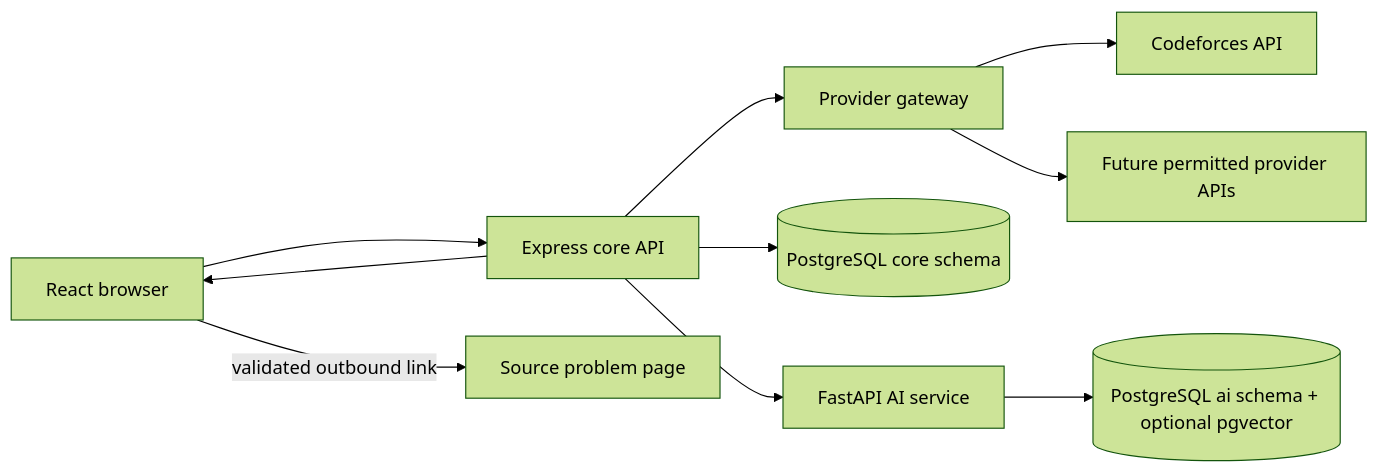
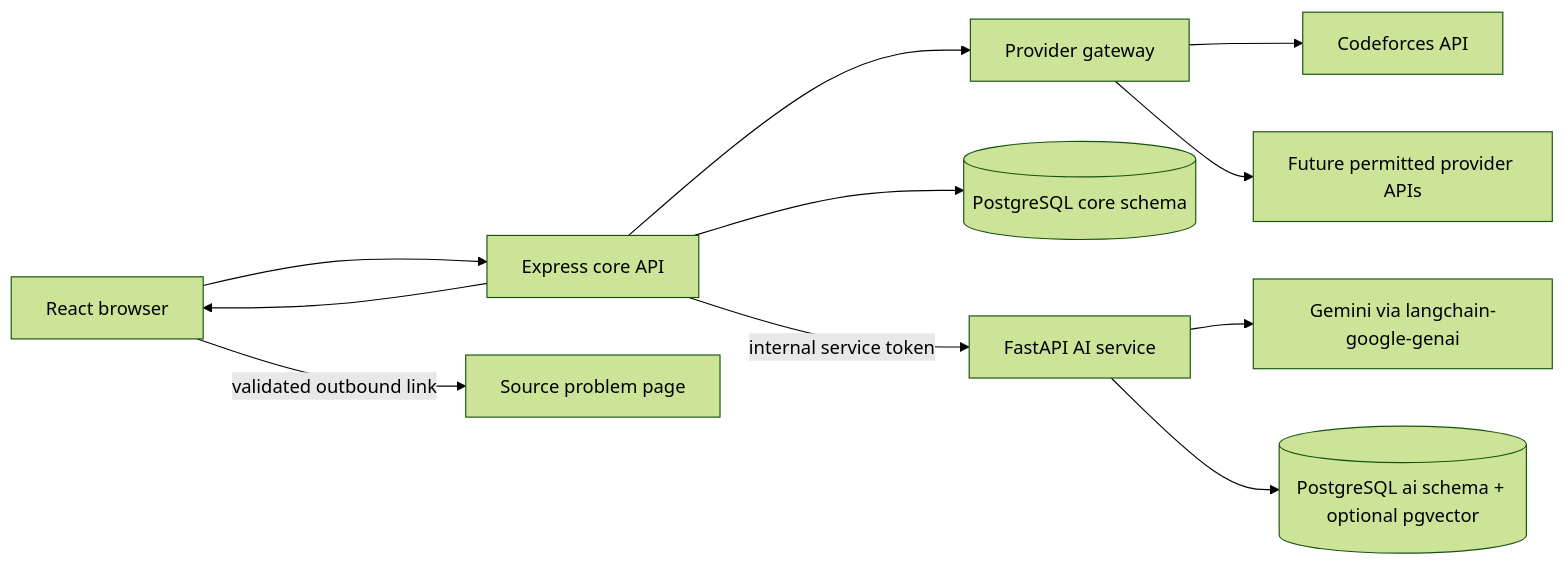
One commit to dhruvwarriorr/AlgoMemtor changed the diagram in docs/PROJECT_DOCUMENTATION.md. Above: the diagram before and after it, drawn with Mermaid (forest theme). The commit also changed other lines of this file and 44 other files, not shown here.

````diff
--- a/docs/PROJECT_DOCUMENTATION.md
+++ b/docs/PROJECT_DOCUMENTATION.md
@@ -278,12 +278,13 @@
 ```mermaid
 flowchart LR
     B["React browser"] --> C["Express core API"]
     C --> P["Provider gateway"]
     P --> CF["Codeforces API"]
     P --> FP["Future permitted provider APIs"]
     C --> DB[("PostgreSQL core schema")]
-    C --> A["FastAPI AI service"]
+    C -->|"internal service token"| A["FastAPI AI service"]
+    A --> G["Gemini via langchain-google-genai"]
     A --> AIDB[("PostgreSQL ai schema + optional pgvector")]
     C --> B
     B -->|"validated outbound link"| EXT["Source problem page"]
 ```
````
